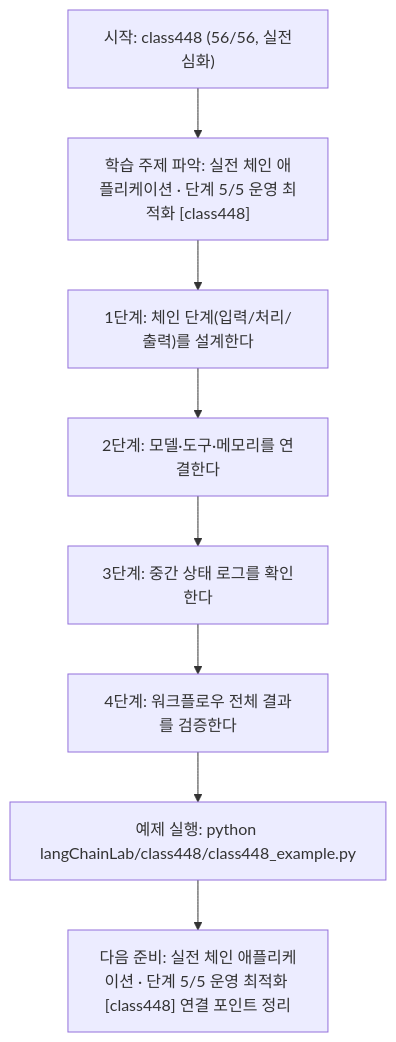
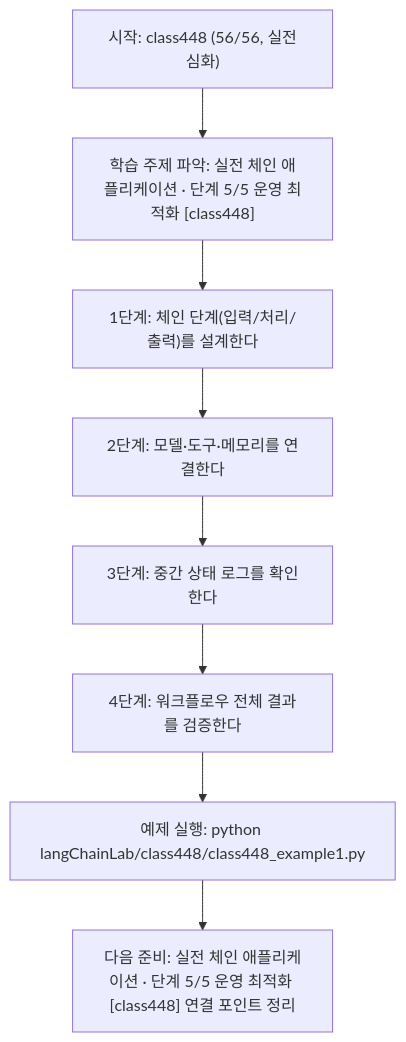
Before and after one commit to edumgt/Python-AI_Agent-Class: the diagram in langChainLab/class448/class448.md, drawn with Mermaid. The commit also changed other lines of this file and 2959 other files, not shown here.

````diff
--- a/langChainLab/class448/class448.md
+++ b/langChainLab/class448/class448.md
@@ -110,18 +110,18 @@
 ```mermaid
 flowchart TD
 N1["시작: class448 (56/56, 실전심화)"]
 N2["학습 주제 파악: 실전 체인 애플리케이션 · 단계 5/5 운영 최적화 [class448]"]
 N3["1단계: 체인 단계(입력/처리/출력)를 설계한다"]
 N4["2단계: 모델·도구·메모리를 연결한다"]
 N5["3단계: 중간 상태 로그를 확인한다"]
 N6["4단계: 워크플로우 전체 결과를 검증한다"]
-N7["예제 실행: python langChainLab/class448/class448_example.py"]
+N7["예제 실행: python langChainLab/class448/class448_example1.py"]
 N8["다음 준비: 실전 체인 애플리케이션 · 단계 5/5 운영 최적화 [class448] 연결 포인트 정리"]
 N1 --> N2
 N2 --> N3
 N3 --> N4
 N4 --> N5
 N5 --> N6
 N6 --> N7
 N7 --> N8
 ```
````
